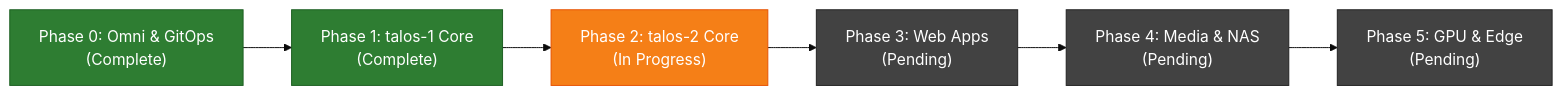
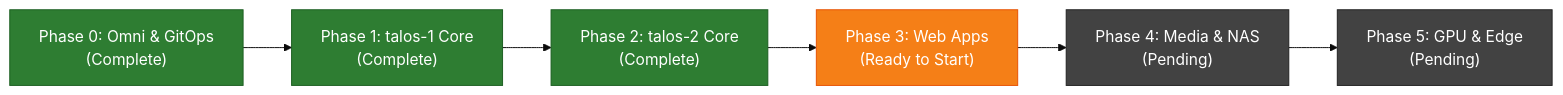
Before and after one commit to GabrielJean/HomeLab: the first of 2 diagrams in K8s/PLAN.md, drawn with Mermaid (base theme). The commit also changed other lines of this file, not shown here.

Commit message:
docs(plan): complete Phase 2 following successful Headlamp SSO verification

````diff
--- a/K8s/PLAN.md
+++ b/K8s/PLAN.md
@@ -45,14 +45,14 @@
 ```mermaid
 flowchart LR
     P0["Phase 0: Omni & GitOps<br/>(Complete)"] --> P1["Phase 1: talos-1 Core<br/>(Complete)"]
-    P1 --> P2["Phase 2: talos-2 Core<br/>(In Progress)"]
-    P2 --> P3["Phase 3: Web Apps<br/>(Pending)"]
+    P1 --> P2["Phase 2: talos-2 Core<br/>(Complete)"]
+    P2 --> P3["Phase 3: Web Apps<br/>(Ready to Start)"]
     P3 --> P4["Phase 4: Media & NAS<br/>(Pending)"]
     P4 --> P5["Phase 5: GPU & Edge<br/>(Pending)"]
     classDef done fill:#2e7d32,stroke:#1b5e20,color:#ffffff;
     classDef inprog fill:#f57f17,stroke:#e65100,color:#ffffff;
     classDef todo fill:#424242,stroke:#212121,color:#ffffff;
-    class P0,P1 done;
-    class P2 inprog;
-    class P3,P4,P5 todo;
+    class P0,P1,P2 done;
+    class P3 inprog;
+    class P4,P5 todo;
 ```
````
